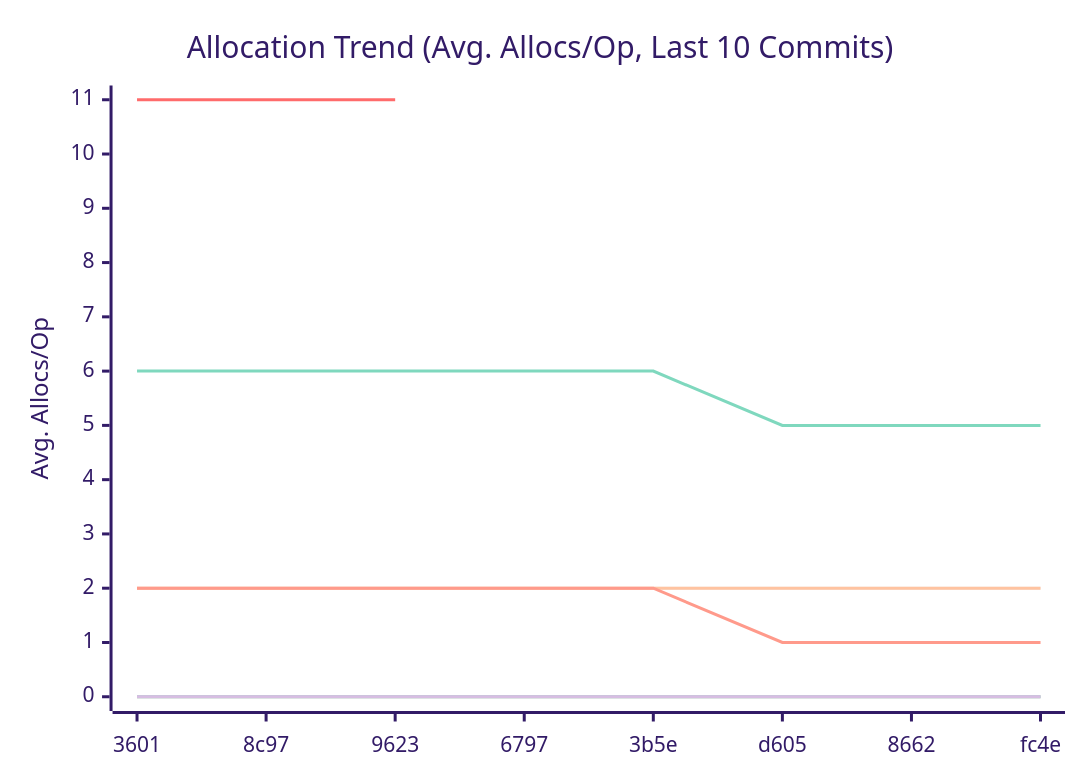
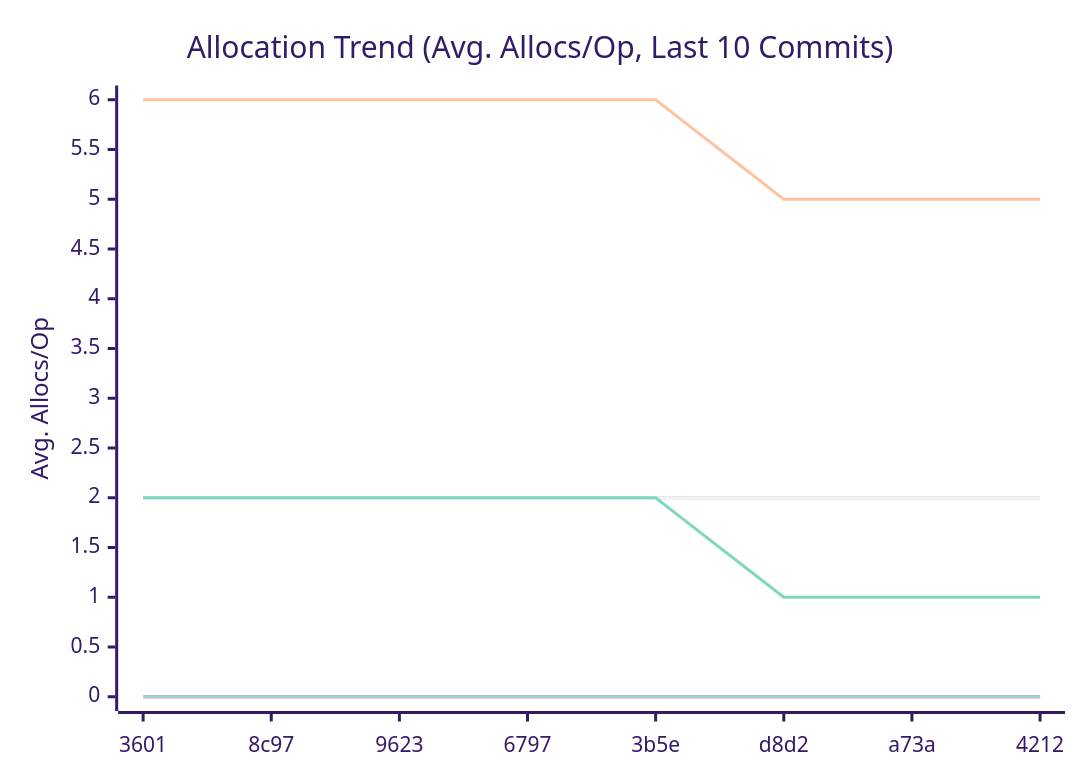
Before and after one commit to alsotoes/momo: the third of 3 diagrams in docs/README.md, drawn with Mermaid (forest theme). The commit also changed other lines of this file and 9 other files, not shown here.

````diff
--- a/docs/README.md
+++ b/docs/README.md
@@ -339,15 +333,14 @@
 ```mermaid
 xychart-beta
     title "Allocation Trend (Avg. Allocs/Op, Last 10 Commits)"
     x-axis "Commit"
     y-axis "Avg. Allocs/Op"
-    x-axis [3601,8c97,9623,6797,3b5e,d605,8662,fc4e]
+    x-axis [3601,8c97,9623,6797,3b5e,d8d2,a73a,4212]
     line "CheckMetricsAndSwap" [0,0,0,0,0,0,0,0,0,0]
-    line "HashFile" [11,11,11]
     line "IndexDirectTracking" [0,0,0,0,0,0,0,0,0,0]
     line "IndexSearch" [0,0,0,0,0,0,0,0,0,0]
     line "LoadGlobalConfig" [2,2,2,2,2,2,2,2,2,2]
     line "PadString" [2,2,2,2,2,2,2,2,2,2]
     line "ParseReplicationOrder_NoPrealloc" [6,6,6,6,6,5,5,5,5,5]
     line "ParseReplicationOrder_Prealloc" [2,2,2,2,2,1,1,1,1,1]
 ```
````
